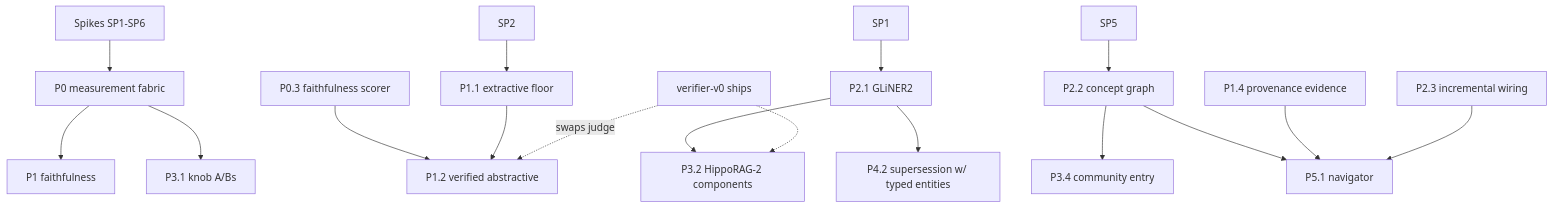
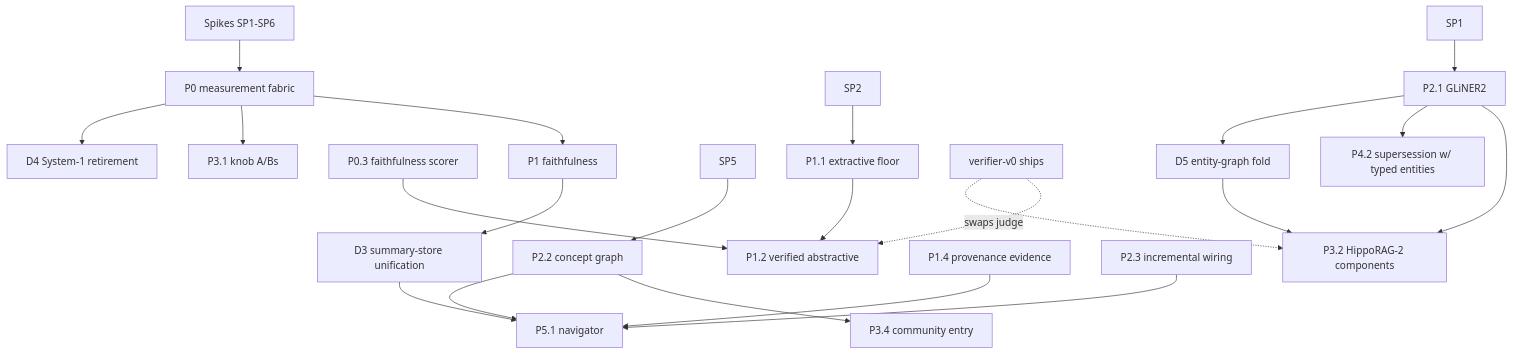
Before and after one commit to alexsbryan/commonwealth-ai: the diagram in corpus-engine/ENRICHMENT_ROADMAP_SIZING.md, drawn with Mermaid. The commit also changed other lines of this file and 1 other file, not shown here.

Commit message:
docs(enrichment): frontier roadmap + design/sizing, recast as a net-subtraction program

````diff
--- a/corpus-engine/ENRICHMENT_ROADMAP_SIZING.md
+++ b/corpus-engine/ENRICHMENT_ROADMAP_SIZING.md
@@ -361,19 +446,24 @@
 ```mermaid
 graph TD
   SP[Spikes SP1-SP6] --> P0
   P0[P0 measurement fabric] --> P1[P1 faithfulness]
   P0 --> P31[P3.1 knob A/Bs]
   P03[P0.3 faithfulness scorer] --> P12[P1.2 verified abstractive]
   SP2 --> P11[P1.1 extractive floor]
   P11 --> P12
   SP1 --> P21[P2.1 GLiNER2]
   SP5 --> P22[P2.2 concept graph]
   P21 --> P32[P3.2 HippoRAG-2 components]
   P22 --> P34[P3.4 community entry]
   P22 --> P51[P5.1 navigator]
   P14[P1.4 provenance evidence] --> P51
   P21 --> P42[P4.2 supersession w/ typed entities]
   VER[verifier-v0 ships] -.->|swaps judge| P12
   VER -.-> P32
   P23[P2.3 incremental wiring] --> P51
+  P1 --> D3[D3 summary-store unification]
+  P0 --> D4[D4 System-1 retirement]
+  P21 --> D5[D5 entity-graph fold]
+  D3 --> P51
+  D5 --> P32
 ```
````
